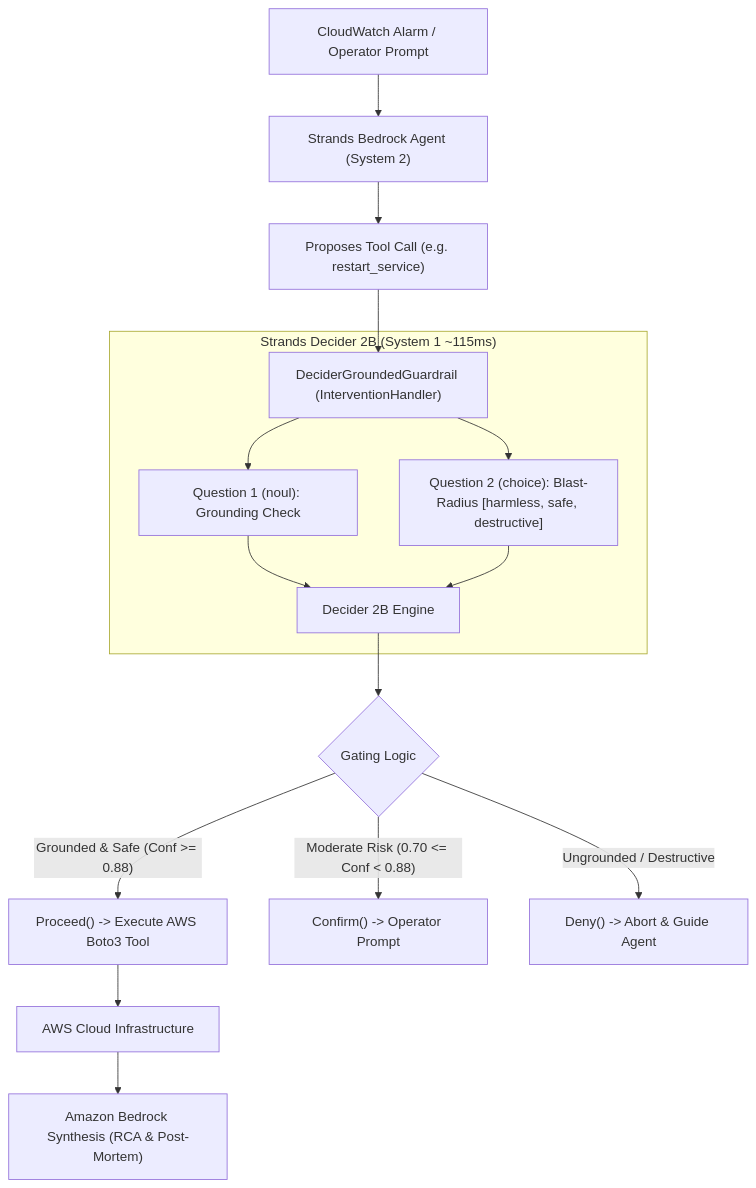
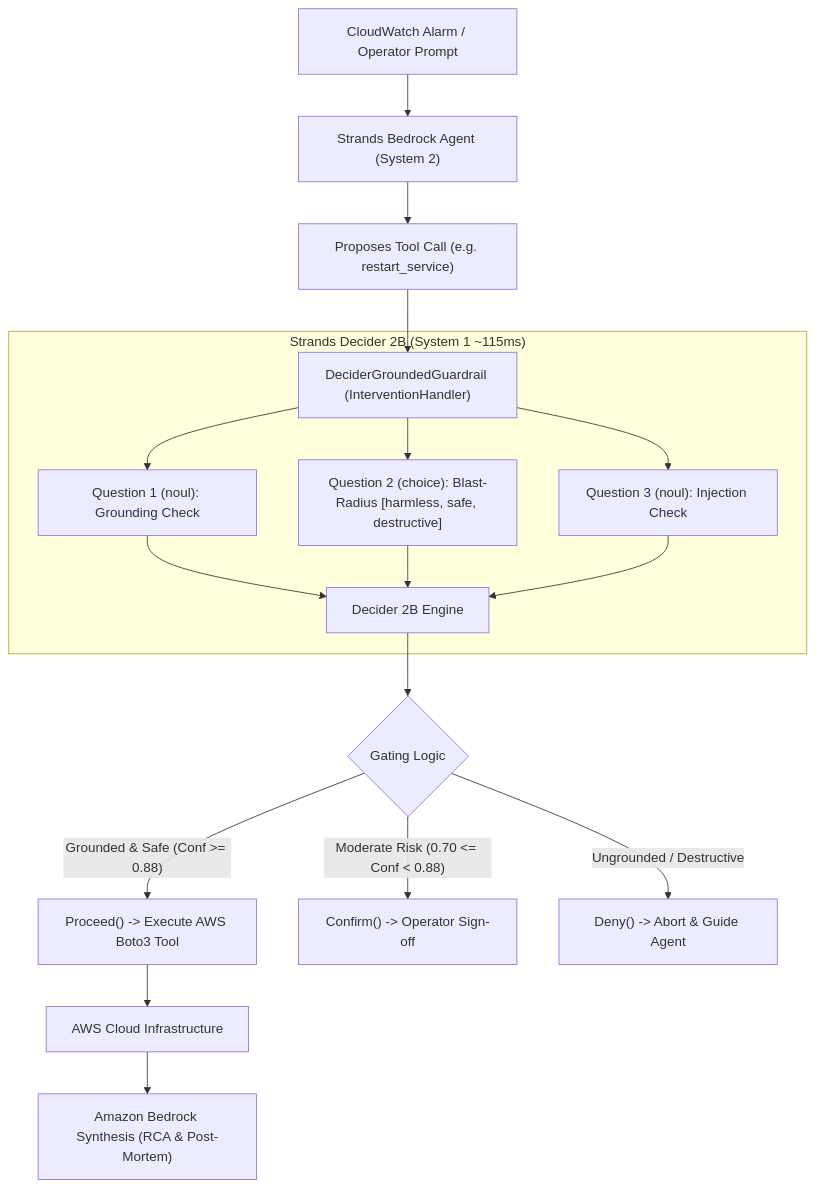
One commit to farhanmallik05/vigil-aws changed the diagram in README.md. Above: the diagram before and after it, drawn with Mermaid. The commit also changed other lines of this file and 11 other files, not shown here.

````diff
--- a/README.md
+++ b/README.md
@@ -31,21 +34,23 @@
 ```mermaid
 flowchart TD
     Alarm["CloudWatch Alarm / Operator Prompt"] --> Agent["Strands Bedrock Agent (System 2)"]
     Agent --> ToolCall["Proposes Tool Call (e.g. restart_service)"]
     ToolCall --> Guardrail["DeciderGroundedGuardrail (InterventionHandler)"]
     
     subgraph "Strands Decider 2B (System 1 ~115ms)"
         Guardrail --> Q1["Question 1 (noul): Grounding Check"]
         Guardrail --> Q2["Question 2 (choice): Blast-Radius [harmless, safe, destructive]"]
+        Guardrail --> Q3["Question 3 (noul): Injection Check"]
         Q1 --> Decider["Decider 2B Engine"]
         Q2 --> Decider
+        Q3 --> Decider
     end
 
     Decider --> Logic{"Gating Logic"}
     Logic -- "Grounded & Safe (Conf >= 0.88)" --> Exec["Proceed() -> Execute AWS Boto3 Tool"]
-    Logic -- "Moderate Risk (0.70 <= Conf < 0.88)" --> HITL["Confirm() -> Operator Prompt"]
+    Logic -- "Moderate Risk (0.70 <= Conf < 0.88)" --> HITL["Confirm() -> Operator Sign-off"]
     Logic -- "Ungrounded / Destructive" --> Block["Deny() -> Abort & Guide Agent"]
 
     Exec --> Cloud["AWS Cloud Infrastructure"]
     Cloud --> BedrockSummary["Amazon Bedrock Synthesis (RCA & Post-Mortem)"]
 ```
````
